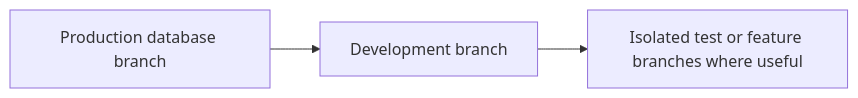
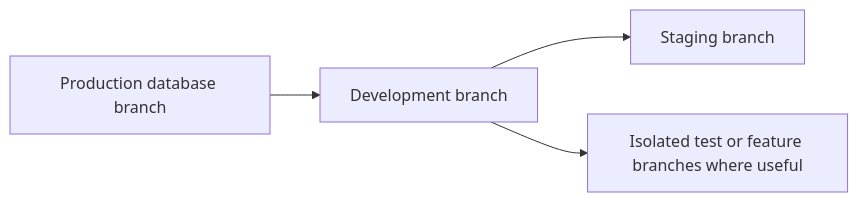
The second of 3 diagrams in docs/architecture/deployment.md (OzAvrahami/cockpitpath), drawn with Mermaid before and after one commit. The commit also changed other lines of this file and 11 other files, not shown here.

````diff
--- a/docs/architecture/deployment.md
+++ b/docs/architecture/deployment.md
@@ -30,5 +32,6 @@
 ```mermaid
 flowchart LR
     P[Production database branch] --> D[Development branch]
+    D --> S[Staging branch]
     D --> I[Isolated test or feature branches where useful]
 ```
````
